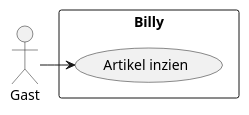
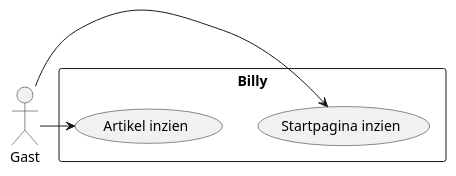
The diagram in documentation/uml/use-case/use-case.plantuml (software-strijders/billy), drawn with PlantUML before and after one commit.

Commit message:
Implement start page to usecase diagram

```diff
--- a/documentation/uml/use-case/use-case.plantuml
+++ b/documentation/uml/use-case/use-case.plantuml
@@ -1,11 +1,13 @@
 @startuml use_case_diagram
 
 actor Gast as g
 
 rectangle Billy {
-  usecase "Artikel inzien" as UC1
+  usecase "Startpagina inzien" as UC1
+  usecase "Artikel inzien" as UC2
 }
 
 g -right-> UC1
+g -right-> UC2
 
 @enduml
```
